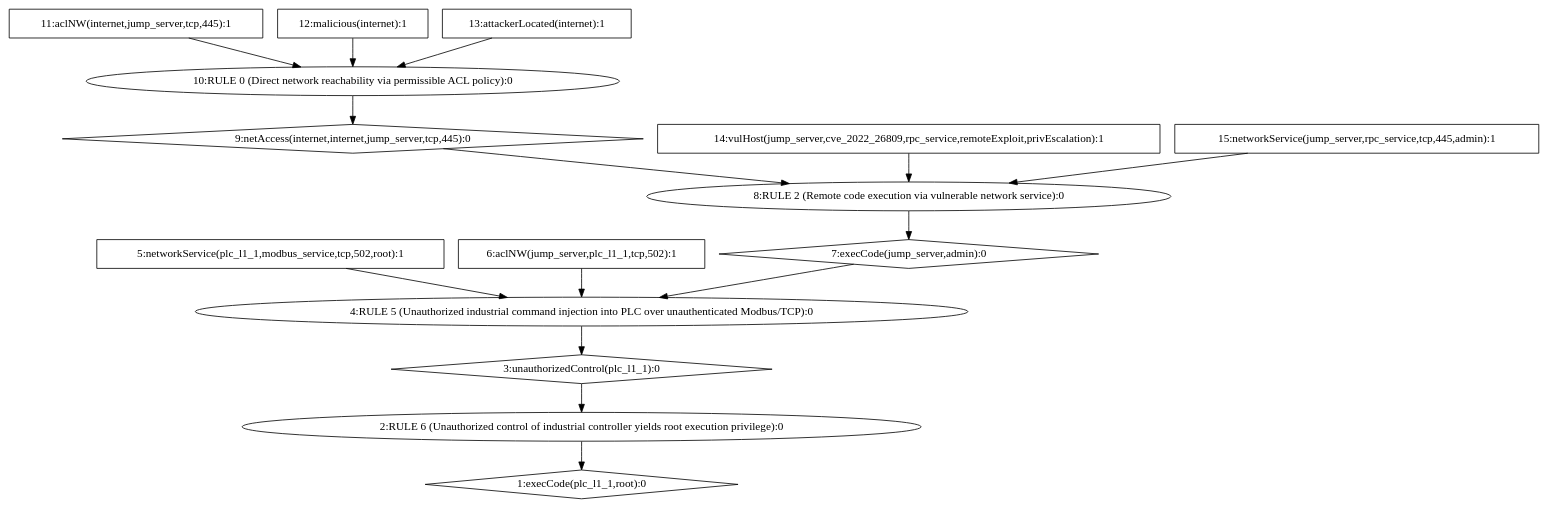
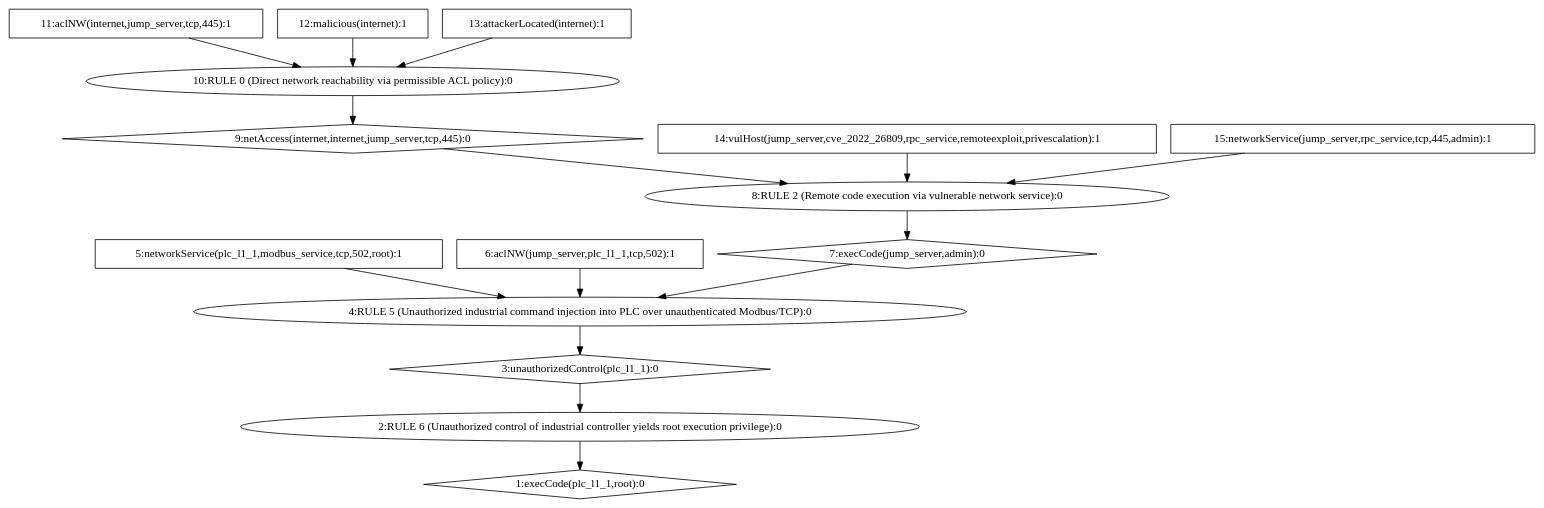
Before and after one commit to kacurrelsja/MULVAL: the diagram in ot_pipeline/results/dot/AttackGraph_05_PLC_Root_Exec.dot, drawn with Graphviz. The commit also changed 52 other files, not shown here.

```diff
--- a/ot_pipeline/results/dot/AttackGraph_05_PLC_Root_Exec.dot
+++ b/ot_pipeline/results/dot/AttackGraph_05_PLC_Root_Exec.dot
@@ -1,31 +1,31 @@
 digraph G {
 	1 [label="1:execCode(plc_l1_1,root):0",shape=diamond];
 	2 [label="2:RULE 6 (Unauthorized control of industrial controller yields root execution privilege):0",shape=ellipse];
 	3 [label="3:unauthorizedControl(plc_l1_1):0",shape=diamond];
 	4 [label="4:RULE 5 (Unauthorized industrial command injection into PLC over unauthenticated Modbus/TCP):0",shape=ellipse];
 	5 [label="5:networkService(plc_l1_1,modbus_service,tcp,502,root):1",shape=box];
 	6 [label="6:aclNW(jump_server,plc_l1_1,tcp,502):1",shape=box];
 	7 [label="7:execCode(jump_server,admin):0",shape=diamond];
 	8 [label="8:RULE 2 (Remote code execution via vulnerable network service):0",shape=ellipse];
 	9 [label="9:netAccess(internet,internet,jump_server,tcp,445):0",shape=diamond];
 	10 [label="10:RULE 0 (Direct network reachability via permissible ACL policy):0",shape=ellipse];
 	11 [label="11:aclNW(internet,jump_server,tcp,445):1",shape=box];
 	12 [label="12:malicious(internet):1",shape=box];
 	13 [label="13:attackerLocated(internet):1",shape=box];
-	14 [label="14:vulHost(jump_server,cve_2022_26809,rpc_service,remoteExploit,privEscalation):1",shape=box];
+	14 [label="14:vulHost(jump_server,cve_2022_26809,rpc_service,remoteexploit,privescalation):1",shape=box];
 	15 [label="15:networkService(jump_server,rpc_service,tcp,445,admin):1",shape=box];
 	5 -> 	4;
 	6 -> 	4;
 	11 -> 	10;
 	12 -> 	10;
 	13 -> 	10;
 	10 -> 	9;
 	9 -> 	8;
 	14 -> 	8;
 	15 -> 	8;
 	8 -> 	7;
 	7 -> 	4;
 	4 -> 	3;
 	3 -> 	2;
 	2 -> 	1;
 }
```
